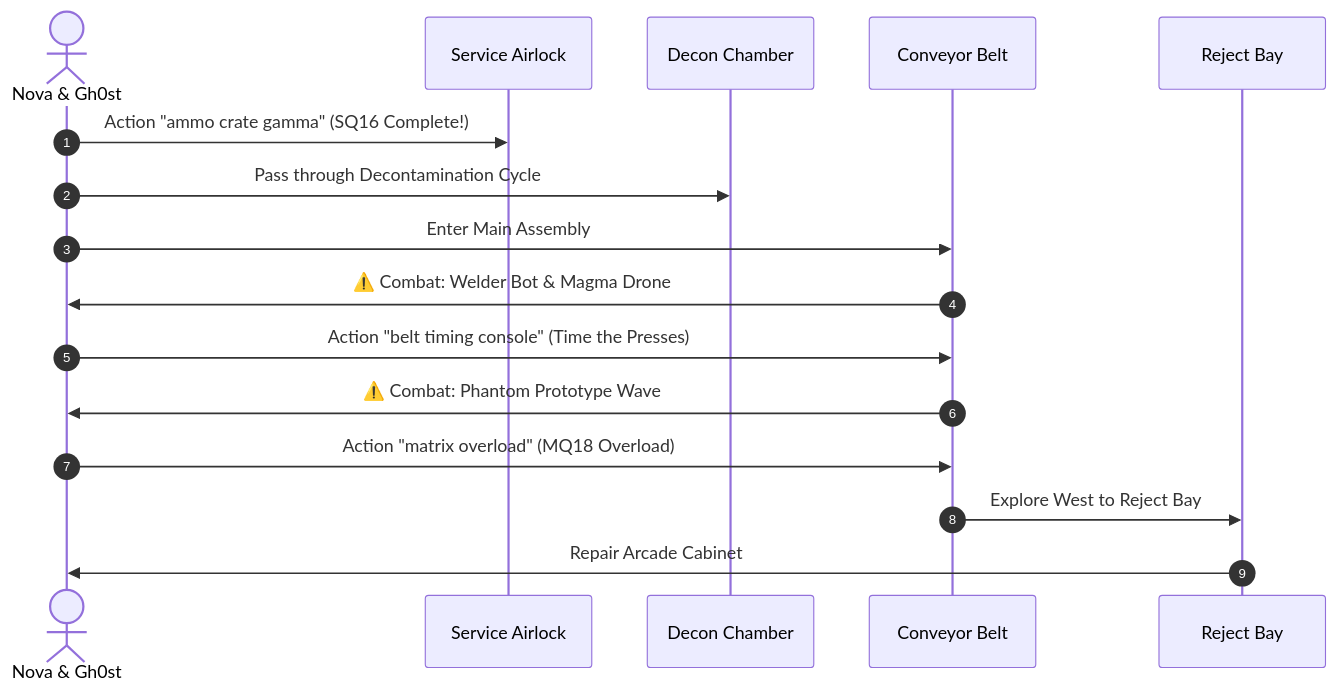
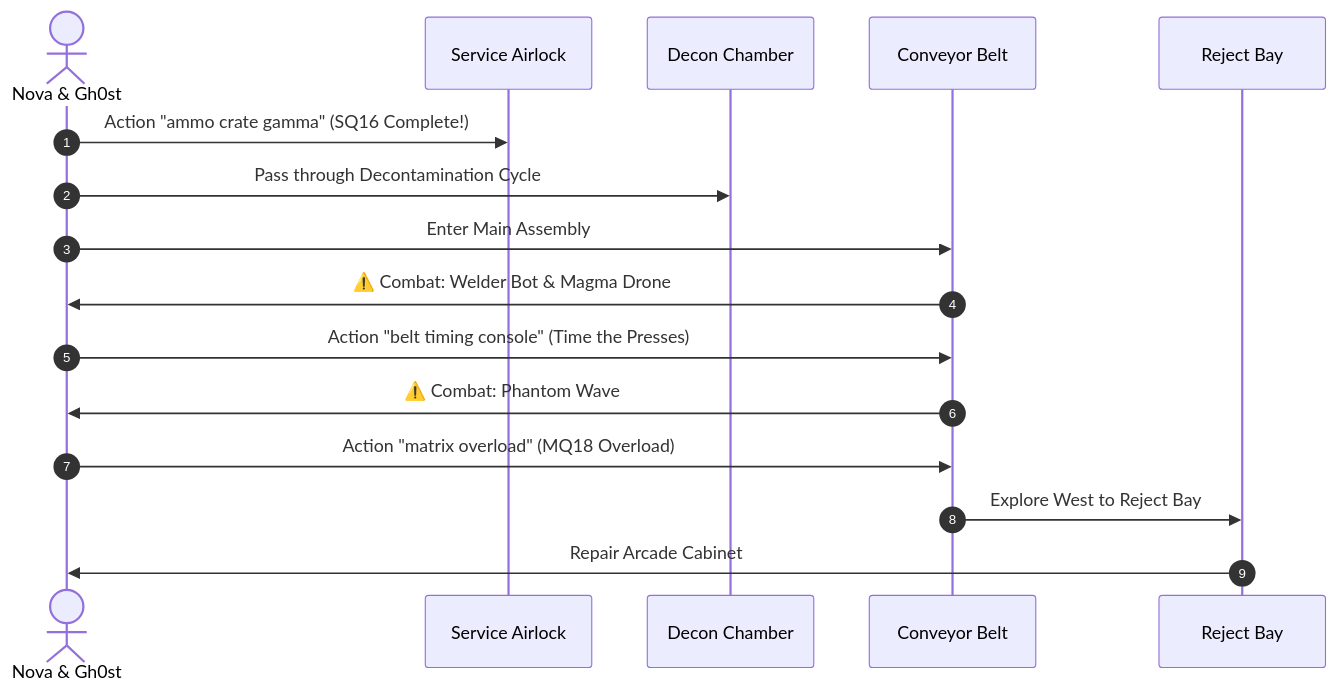
Before and after one commit to jcthom85/StarbornAndroid: the fifth of 10 diagrams in docs/playtest/walkthroughs/WORLD_4_COMPLETIONIST_WALKTHROUGH.md, drawn with Mermaid. The commit also changed other lines of this file and 188 other files, not shown here.

````diff
--- a/docs/playtest/walkthroughs/WORLD_4_COMPLETIONIST_WALKTHROUGH.md
+++ b/docs/playtest/walkthroughs/WORLD_4_COMPLETIONIST_WALKTHROUGH.md
@@ -165,19 +165,19 @@
 ```mermaid
 sequenceDiagram
     autonumber
     actor Crew as Nova & Gh0st
     participant Airlock as Service Airlock
     participant Decon as Decon Chamber
     participant Belt as Conveyor Belt
     participant Reject as Reject Bay
 
     Crew->>Airlock: Action "ammo crate gamma" (SQ16 Complete!)
     Crew->>Decon: Pass through Decontamination Cycle
     Crew->>Belt: Enter Main Assembly
     Belt->>Crew: ⚠️ Combat: Welder Bot & Magma Drone
     Crew->>Belt: Action "belt timing console" (Time the Presses)
-    Belt->>Crew: ⚠️ Combat: Phantom Prototype Wave
+    Belt->>Crew: ⚠️ Combat: Phantom Wave
     Crew->>Belt: Action "matrix overload" (MQ18 Overload)
     Belt->>Reject: Explore West to Reject Bay
     Reject->>Crew: Repair Arcade Cabinet #4 & Inspect Sentient Units (SQ19)
 ```
````
